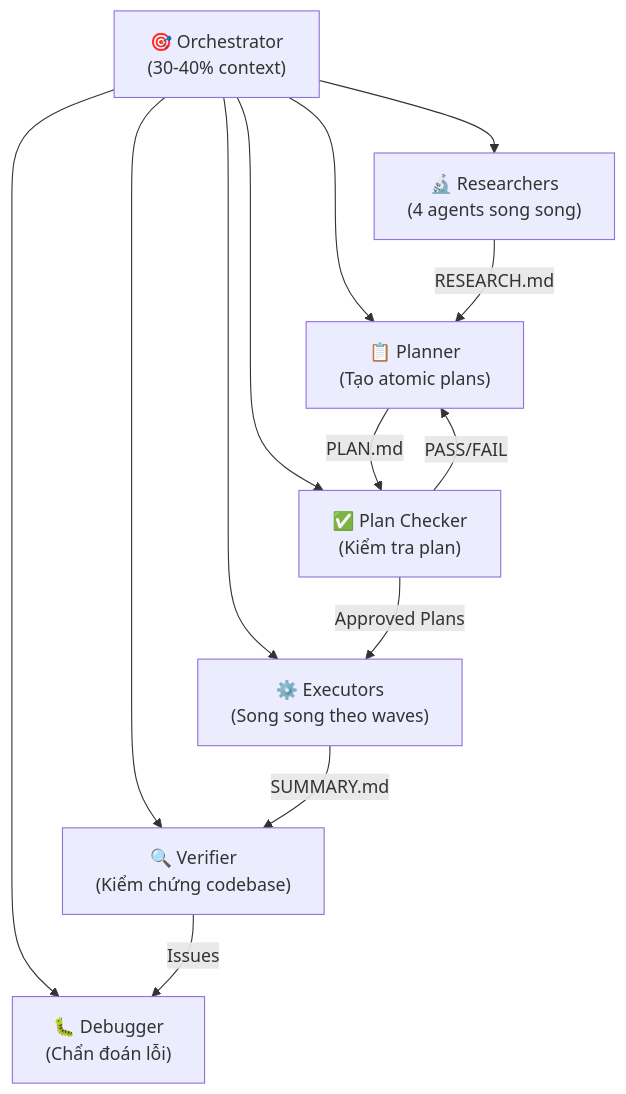
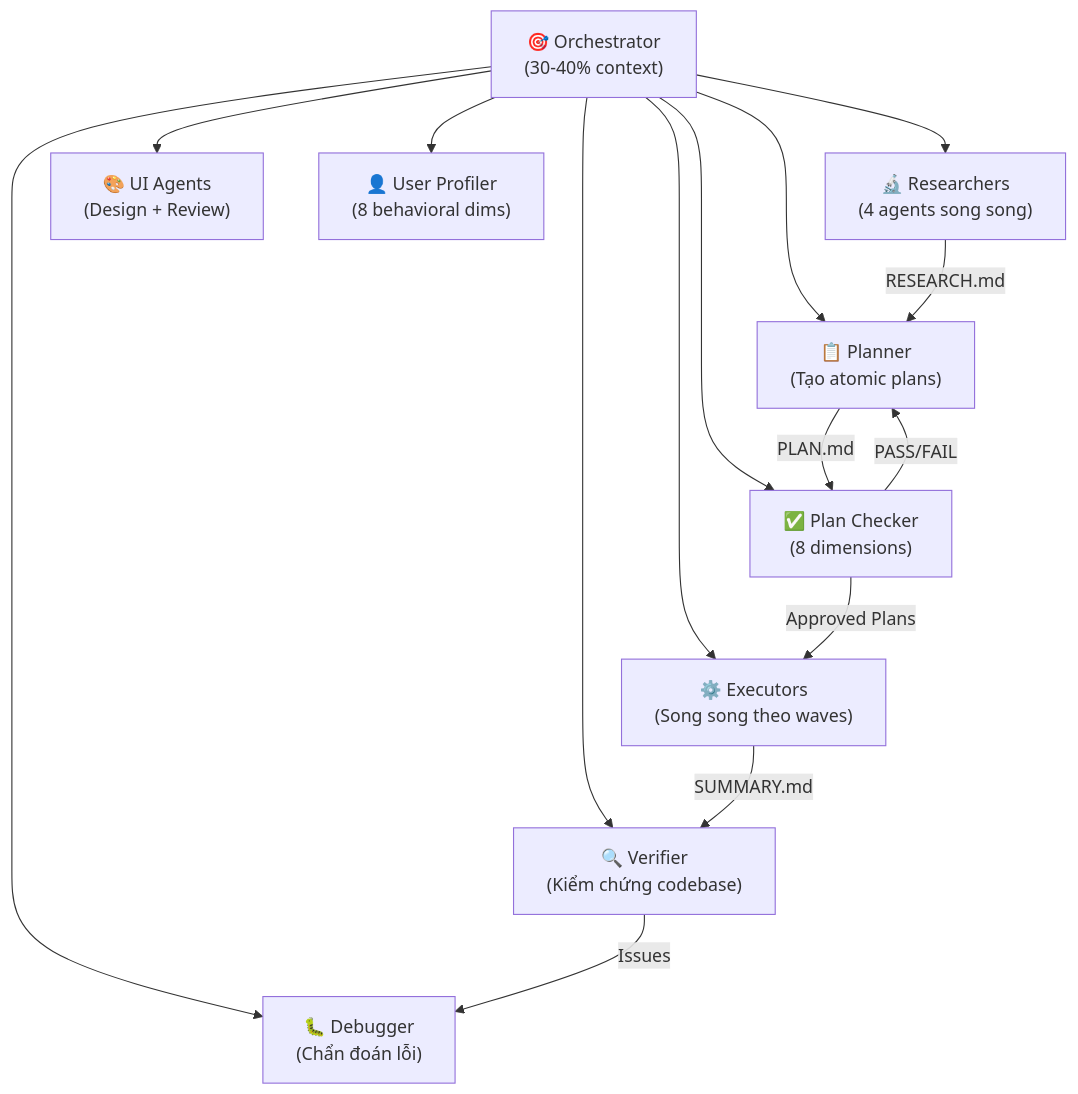
Before and after one commit to thientranhung/agentic-coding-lab: the second of 3 diagrams in vn/get-shit-done/0. Overview.md, drawn with Mermaid. The commit also changed other lines of this file and 14 other files, not shown here.

````diff
--- a/vn/get-shit-done/0. Overview.md
+++ b/vn/get-shit-done/0. Overview.md
@@ -97,16 +83,18 @@
 ```mermaid
 graph TD
     O["🎯 Orchestrator<br/>(30-40% context)"] --> R["🔬 Researchers<br/>(4 agents song song)"]
     O --> P["📋 Planner<br/>(Tạo atomic plans)"]
-    O --> PC["✅ Plan Checker<br/>(Kiểm tra plan)"]
+    O --> PC["✅ Plan Checker<br/>(8 dimensions)"]
     O --> E["⚙️ Executors<br/>(Song song theo waves)"]
     O --> V["🔍 Verifier<br/>(Kiểm chứng codebase)"]
     O --> D["🐛 Debugger<br/>(Chẩn đoán lỗi)"]
+    O --> UI["🎨 UI Agents<br/>(Design + Review)"]
+    O --> PROF["👤 User Profiler<br/>(8 behavioral dims)"]
     
     R --> |"RESEARCH.md"| P
     P --> |"PLAN.md"| PC
     PC --> |"PASS/FAIL"| P
     PC --> |"Approved Plans"| E
     E --> |"SUMMARY.md"| V
     V --> |"Issues"| D
 ```
````
